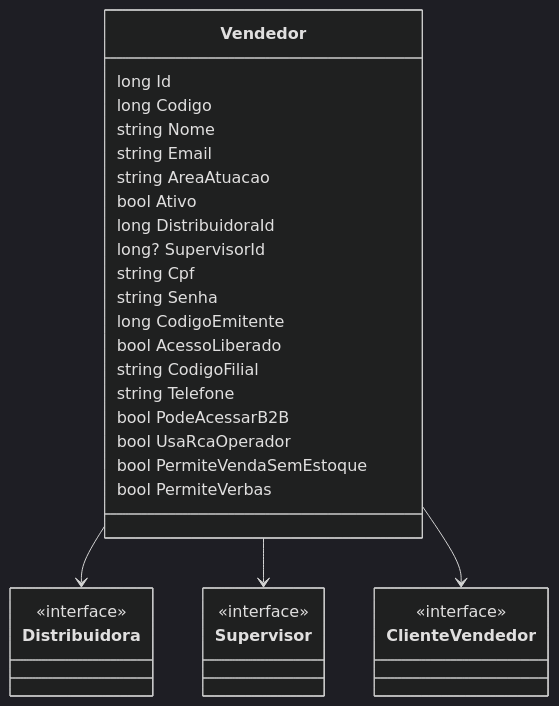
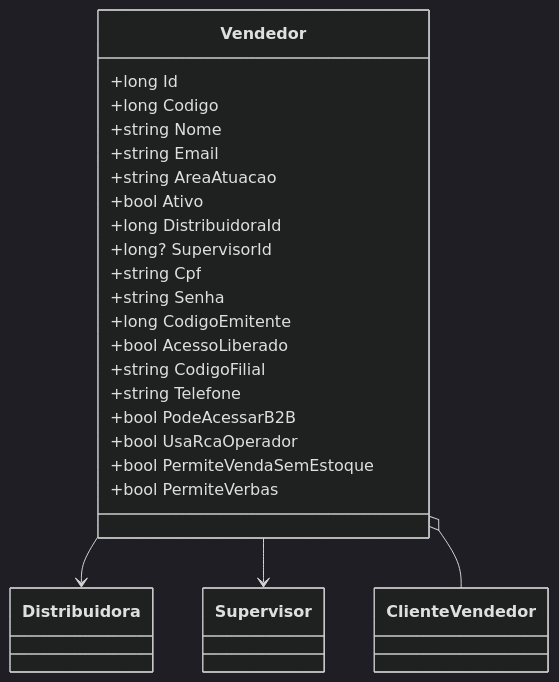
One commit to IsthmusSistemas/documentacao-tecnica changed the second of 2 diagrams in docs/b2b-dominio/IsthmusWinthor.Nucleo/IsthmusWinthor.Dominio/Entidades/Vendedor.md. Above: the diagram before and after it, drawn with Mermaid (dark theme). The commit also changed other lines of this file and 882 other files, not shown here.

````diff
--- a/docs/b2b-dominio/IsthmusWinthor.Nucleo/IsthmusWinthor.Dominio/Entidades/Vendedor.md
+++ b/docs/b2b-dominio/IsthmusWinthor.Nucleo/IsthmusWinthor.Dominio/Entidades/Vendedor.md
@@ -40,39 +39,26 @@
 ```mermaid
 classDiagram
     class Vendedor {
-        long Id
-        long Codigo
-        string Nome
-        string Email
-        string AreaAtuacao
-        bool Ativo
-        long DistribuidoraId
-        long? SupervisorId
-        string Cpf
-        string Senha
-        long CodigoEmitente
-        bool AcessoLiberado
-        string CodigoFilial
-        string Telefone
-        bool PodeAcessarB2B
-        bool UsaRcaOperador
-        bool PermiteVendaSemEstoque
-        bool PermiteVerbas
+        +long Id
+        +long Codigo
+        +string Nome
+        +string Email
+        +string AreaAtuacao
+        +bool Ativo
+        +long DistribuidoraId
+        +long? SupervisorId
+        +string Cpf
+        +string Senha
+        +long CodigoEmitente
+        +bool AcessoLiberado
+        +string CodigoFilial
+        +string Telefone
+        +bool PodeAcessarB2B
+        +bool UsaRcaOperador
+        +bool PermiteVendaSemEstoque
+        +bool PermiteVerbas
     }
-
-    class Distribuidora {
-        <<interface>>
-    }
-
-    class Supervisor {
-        <<interface>>
-    }
-
-    class ClienteVendedor {
-        <<interface>>
-    }
-
     Vendedor --> Distribuidora
     Vendedor --> Supervisor
-    Vendedor --> ClienteVendedor
-``` 
+    Vendedor o-- ClienteVendedor
+```
````
